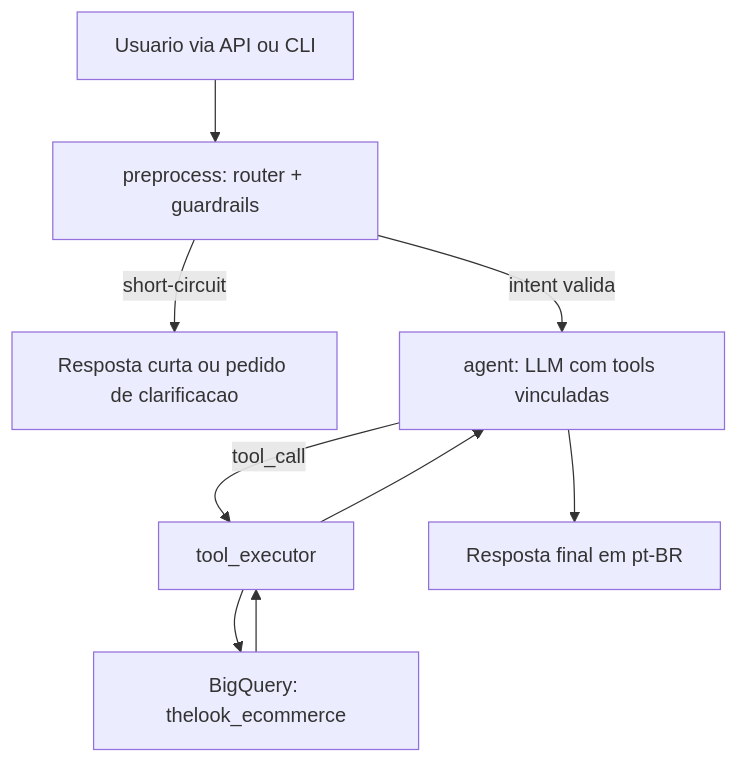
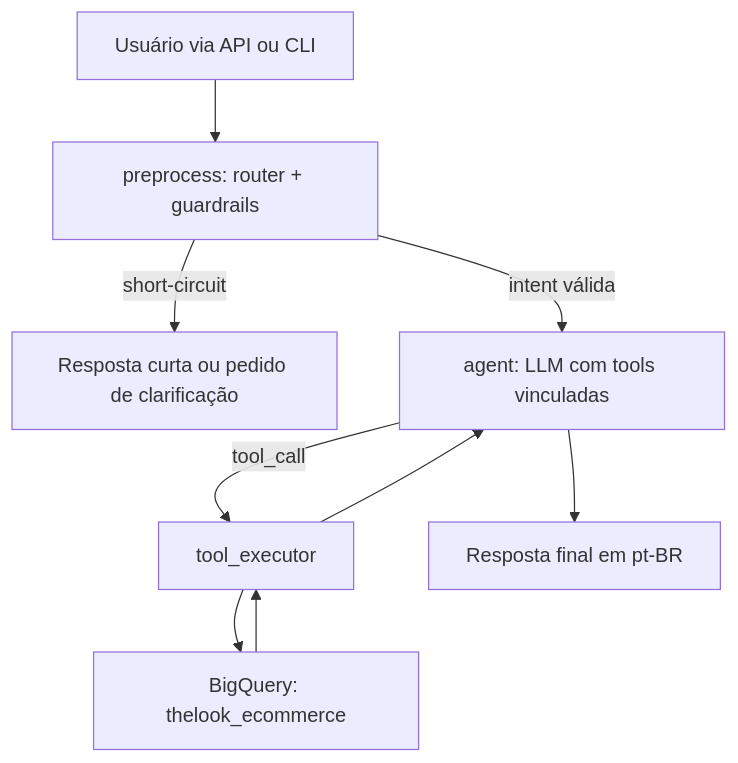
One commit to Gabriel-Fachini/media-traffic-ai-analyst changed the diagram in README.md. Above: the diagram before and after it, drawn with Mermaid. The commit also changed other lines of this file and 13 other files, not shown here.

````diff
--- a/README.md
+++ b/README.md
@@ -226,11 +39,11 @@
 ```mermaid
 flowchart TD
-    A["Usuario via API ou CLI"] --> B["preprocess: router + guardrails"]
-    B -->|short-circuit| C["Resposta curta ou pedido de clarificacao"]
-    B -->|intent valida| D["agent: LLM com tools vinculadas"]
+    A["Usuário via API ou CLI"] --> B["preprocess: router + guardrails"]
+    B -->|short-circuit| C["Resposta curta ou pedido de clarificação"]
+    B -->|intent válida| D["agent: LLM com tools vinculadas"]
     D -->|tool_call| E["tool_executor"]
     E --> F["BigQuery: thelook_ecommerce"]
     F --> E
     E --> D
     D --> G["Resposta final em pt-BR"]
 ```
````
